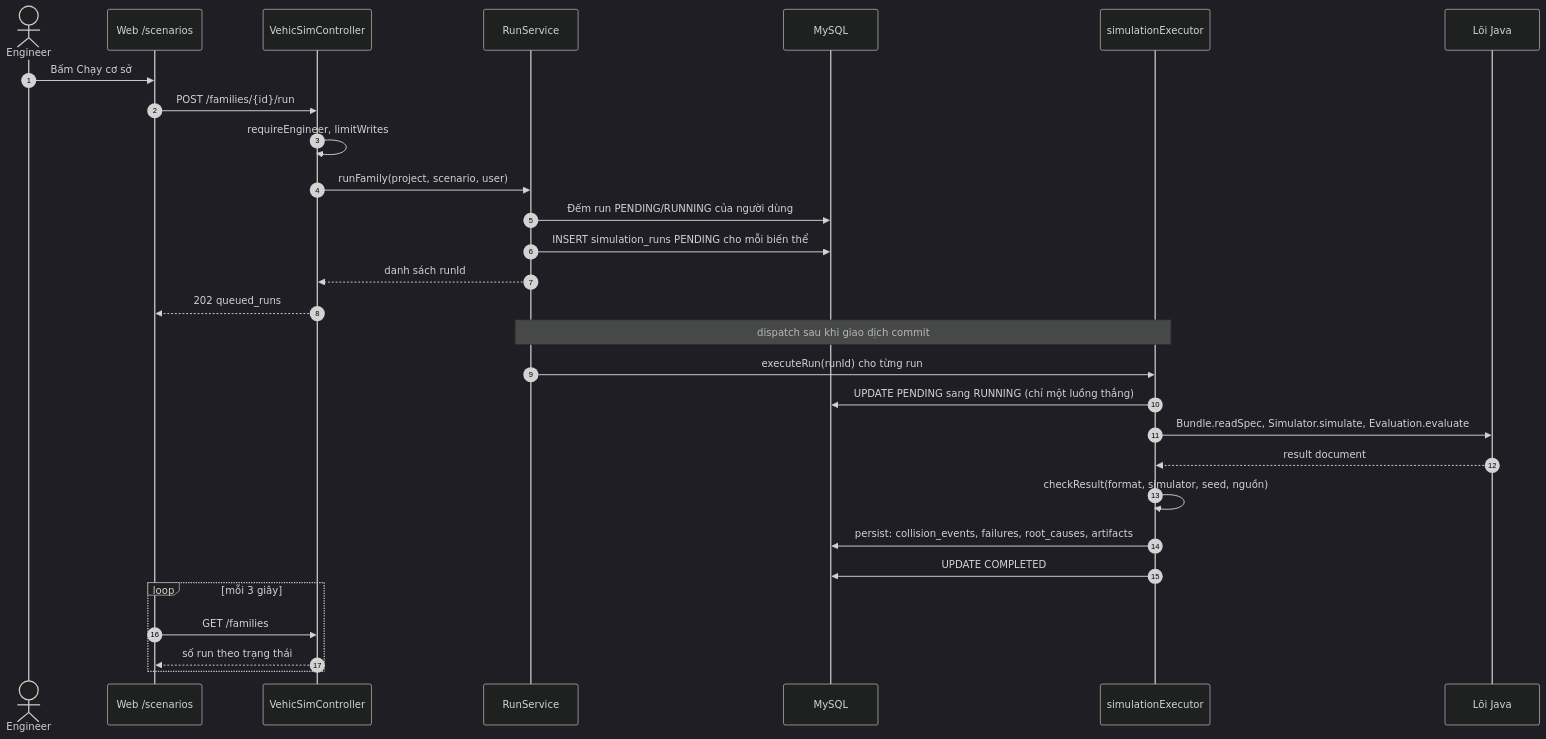
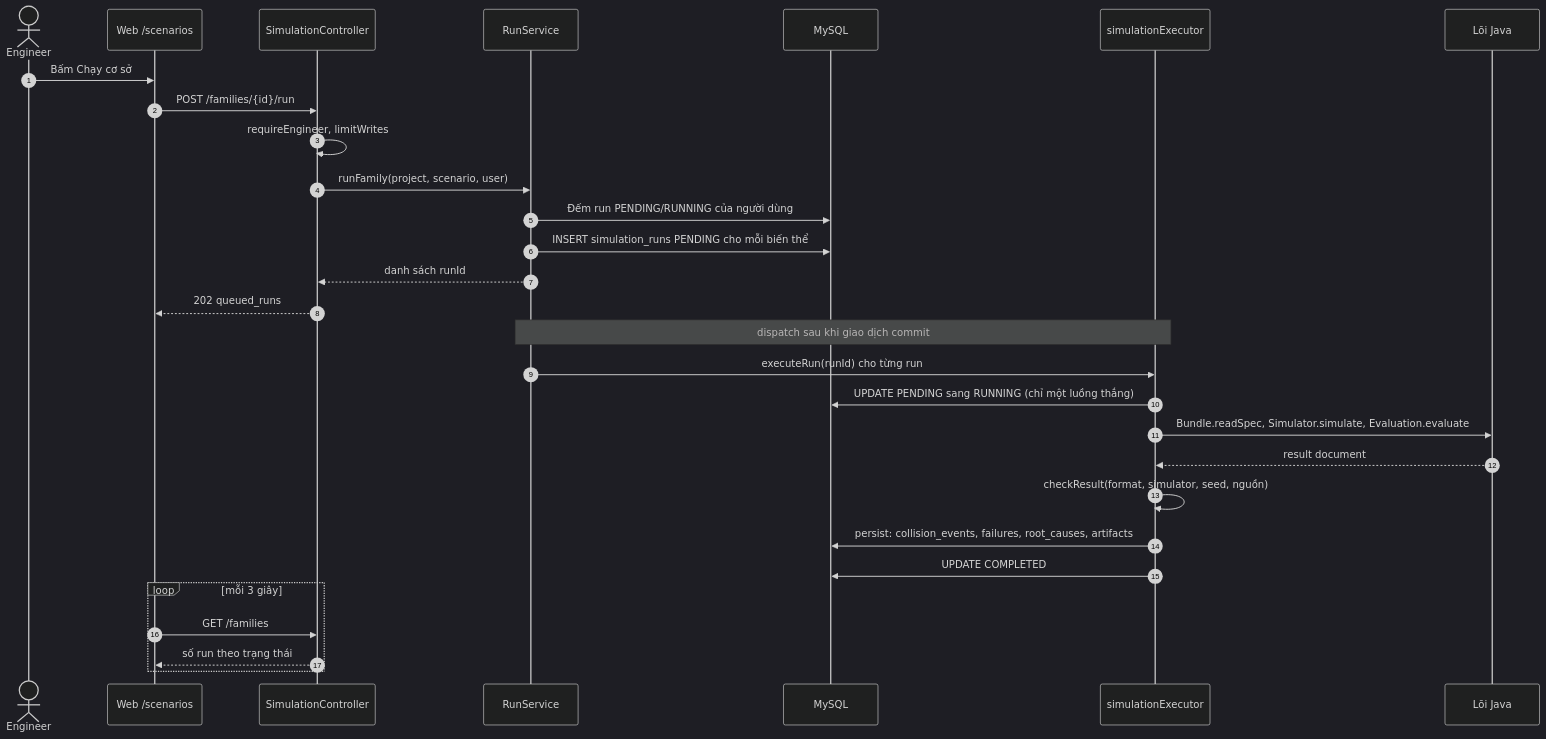
Before and after one commit to Menakanchi/SEP490-FA26-G15: the fourth of 7 diagrams in docs/vehicsim/report7-man-chay-baseline.md, drawn with Mermaid (dark theme). The commit also changed other lines of this file and 502 other files, not shown here.

````diff
--- a/docs/vehicsim/report7-man-chay-baseline.md
+++ b/docs/vehicsim/report7-man-chay-baseline.md
@@ -274,31 +274,31 @@
 ```mermaid
 sequenceDiagram
   autonumber
   actor U as Engineer
   participant FE as Web /scenarios
-  participant C as VehicSimController
+  participant C as SimulationController
   participant RS as RunService
   participant DB as MySQL
   participant X as simulationExecutor
   participant K as Lõi Java
   U->>FE: Bấm Chạy cơ sở
   FE->>C: POST /families/{id}/run
   C->>C: requireEngineer, limitWrites
   C->>RS: runFamily(project, scenario, user)
   RS->>DB: Đếm run PENDING/RUNNING của người dùng
   RS->>DB: INSERT simulation_runs PENDING cho mỗi biến thể
   RS-->>C: danh sách runId
   C-->>FE: 202 queued_runs
   Note over RS,X: dispatch sau khi giao dịch commit
   RS->>X: executeRun(runId) cho từng run
   X->>DB: UPDATE PENDING sang RUNNING (chỉ một luồng thắng)
   X->>K: Bundle.readSpec, Simulator.simulate, Evaluation.evaluate
   K-->>X: result document
   X->>X: checkResult(format, simulator, seed, nguồn)
   X->>DB: persist: collision_events, failures, root_causes, artifacts
   X->>DB: UPDATE COMPLETED
   loop mỗi 3 giây
     FE->>C: GET /families
     C-->>FE: số run theo trạng thái
   end
 ```
````
